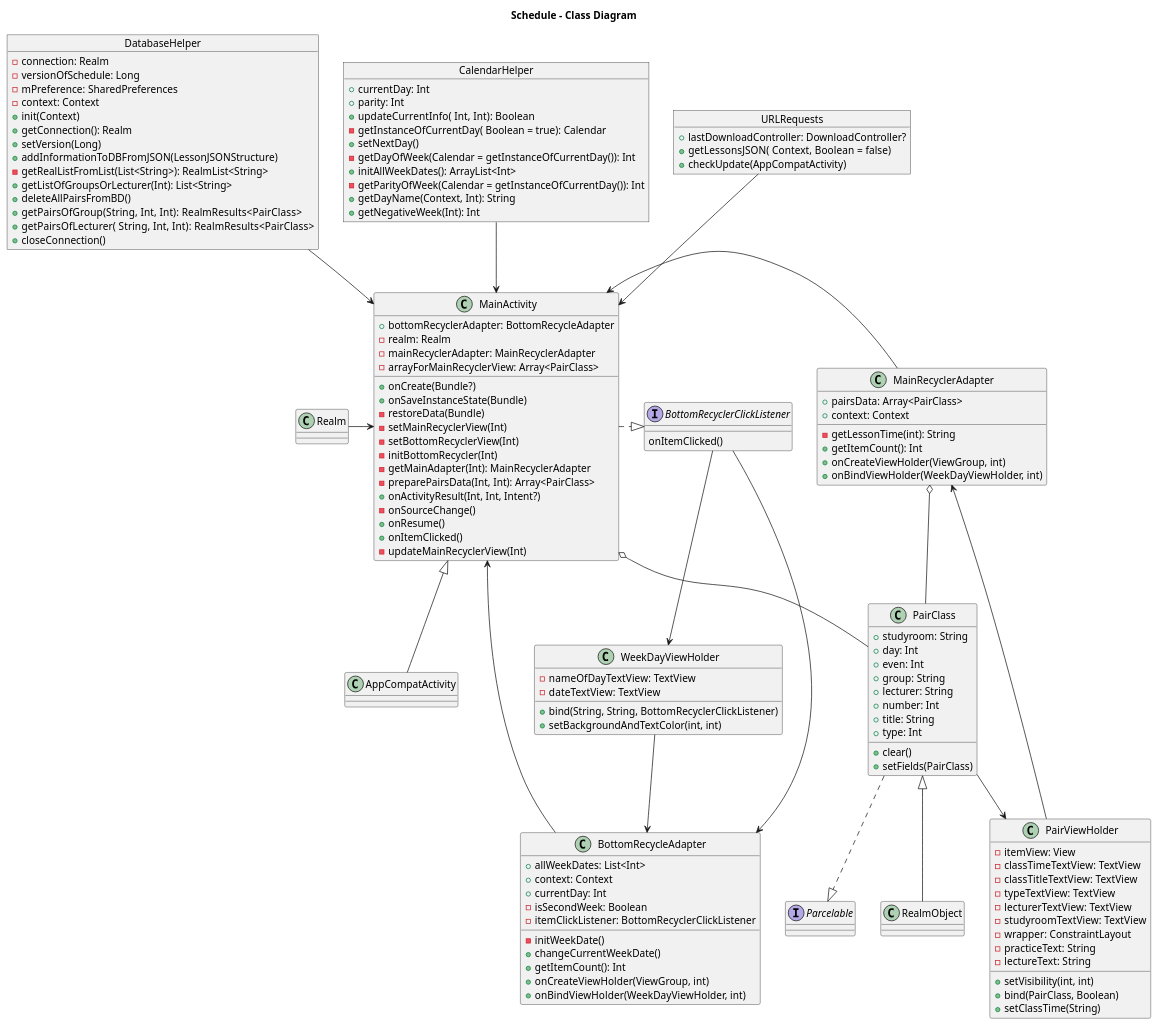
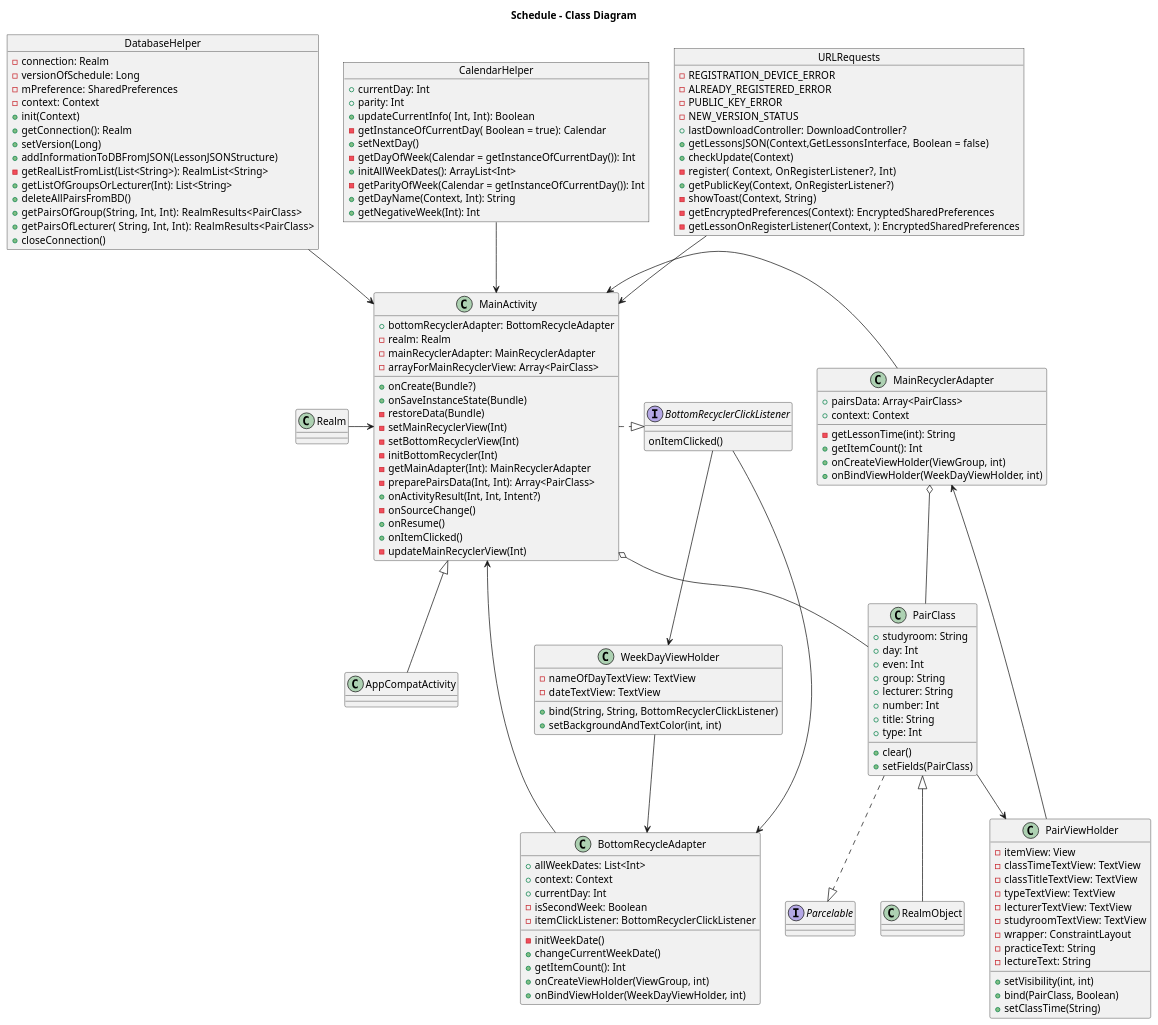
Before and after one commit to nsnk29/Schedule: the diagram in app/src/main/java/com/example/schedule/uml.puml, drawn with PlantUML. The commit also changed 7 other files, not shown here.

```diff
--- a/app/src/main/java/com/example/schedule/uml.puml
+++ b/app/src/main/java/com/example/schedule/uml.puml
@@ -1,147 +1,156 @@
 @startuml
 
 title Schedule - Class Diagram
 
 interface BottomRecyclerClickListener {
     onItemClicked()
 }
 
 interface Parcelable
 
 class AppCompatActivity
 class Realm
 class WeekDayViewHolder{
     -nameOfDayTextView: TextView
     -dateTextView: TextView
     +bind(String, String, BottomRecyclerClickListener)
     +setBackgroundAndTextColor(int, int)
 }
 
 class BottomRecycleAdapter {
     + allWeekDates: List<Int>
     + context: Context
     + currentDay: Int
     - isSecondWeek: Boolean
     - itemClickListener: BottomRecyclerClickListener
     - initWeekDate()
     + changeCurrentWeekDate()
     +getItemCount(): Int
     +onCreateViewHolder(ViewGroup, int)
     +onBindViewHolder(WeekDayViewHolder, int)
 }
 WeekDayViewHolder --> BottomRecycleAdapter
 BottomRecycleAdapter --> MainActivity
 
 class RealmObject
 
 class PairClass {
     + studyroom: String
     + day: Int
     + even: Int
     + group: String
     + lecturer: String
     + number: Int
     + title: String
     + type: Int
     +clear()
     +setFields(PairClass)
 }
 PairClass ..|> Parcelable
 PairClass <|-- RealmObject
 MainRecyclerAdapter o-- PairClass
 BottomRecyclerClickListener --> WeekDayViewHolder
 BottomRecyclerClickListener --> BottomRecycleAdapter
 
 class PairViewHolder {
     -itemView: View
     - classTimeTextView: TextView
     - classTitleTextView: TextView
     - typeTextView: TextView
     - lecturerTextView: TextView
     - studyroomTextView: TextView
     - wrapper: ConstraintLayout
     - practiceText: String
     - lectureText: String
     + setVisibility(int, int)
     + bind(PairClass, Boolean)
     + setClassTime(String)
 }
 
 PairClass -->  PairViewHolder
 PairViewHolder --> MainRecyclerAdapter
 
 class MainRecyclerAdapter {
     +pairsData: Array<PairClass>
     +context: Context
     -getLessonTime(int): String
     +getItemCount(): Int
     +onCreateViewHolder(ViewGroup, int)
     +onBindViewHolder(WeekDayViewHolder, int)
 }
 MainRecyclerAdapter --left> MainActivity
 
 object DatabaseHelper {
 - connection: Realm
 - versionOfSchedule: Long
 - mPreference: SharedPreferences
 - context: Context
 +init(Context)
 +getConnection(): Realm
 +setVersion(Long)
 +addInformationToDBFromJSON(LessonJSONStructure)
 -getRealListFromList(List<String>): RealmList<String>
 +getListOfGroupsOrLecturer(Int): List<String>
 +deleteAllPairsFromBD()
 +getPairsOfGroup(String,  Int,  Int): RealmResults<PairClass>
 +getPairsOfLecturer( String,  Int,  Int): RealmResults<PairClass>
 +closeConnection()
 }
 
 object CalendarHelper {
     +currentDay: Int
     +parity: Int
     +updateCurrentInfo( Int,  Int): Boolean
     -getInstanceOfCurrentDay( Boolean = true): Calendar
     +setNextDay()
     -getDayOfWeek(Calendar = getInstanceOfCurrentDay()): Int
     +initAllWeekDates(): ArrayList<Int>
     -getParityOfWeek(Calendar = getInstanceOfCurrentDay()): Int
     +getDayName(Context, Int): String
     +getNegativeWeek(Int): Int
 }
 
 object URLRequests {
+    - REGISTRATION_DEVICE_ERROR
+    - ALREADY_REGISTERED_ERROR
+    - PUBLIC_KEY_ERROR
+    - NEW_VERSION_STATUS
     +lastDownloadController: DownloadController?
-    +getLessonsJSON( Context,  Boolean = false)
-    +checkUpdate(AppCompatActivity)
+    +getLessonsJSON(Context,GetLessonsInterface,  Boolean = false)
+    +checkUpdate(Context)
+    -register( Context,  OnRegisterListener?,  Int)
+    +getPublicKey(Context, OnRegisterListener?)
+    -showToast(Context, String)
+    -getEncryptedPreferences(Context): EncryptedSharedPreferences
+    -getLessonOnRegisterListener(Context, ): EncryptedSharedPreferences
 }
 
 class MainActivity{
     + bottomRecyclerAdapter: BottomRecycleAdapter
     - realm: Realm
     - mainRecyclerAdapter: MainRecyclerAdapter
     - arrayForMainRecyclerView: Array<PairClass>
     +onCreate(Bundle?)
     +onSaveInstanceState(Bundle)
     -restoreData(Bundle)
     -setMainRecyclerView(Int)
     -setBottomRecyclerView(Int)
     -initBottomRecycler(Int)
     -getMainAdapter(Int): MainRecyclerAdapter
     -preparePairsData(Int, Int): Array<PairClass>
     +onActivityResult(Int, Int, Intent?)
     -onSourceChange()
     +onResume()
     +onItemClicked()
     -updateMainRecyclerView(Int)
 }
 
 MainActivity <|-- AppCompatActivity
 MainActivity ..right|> BottomRecyclerClickListener
 Realm --right> MainActivity
 MainActivity o-- PairClass
 CalendarHelper --> MainActivity
 DatabaseHelper --> MainActivity
 URLRequests --> MainActivity
 
 @enduml
```
